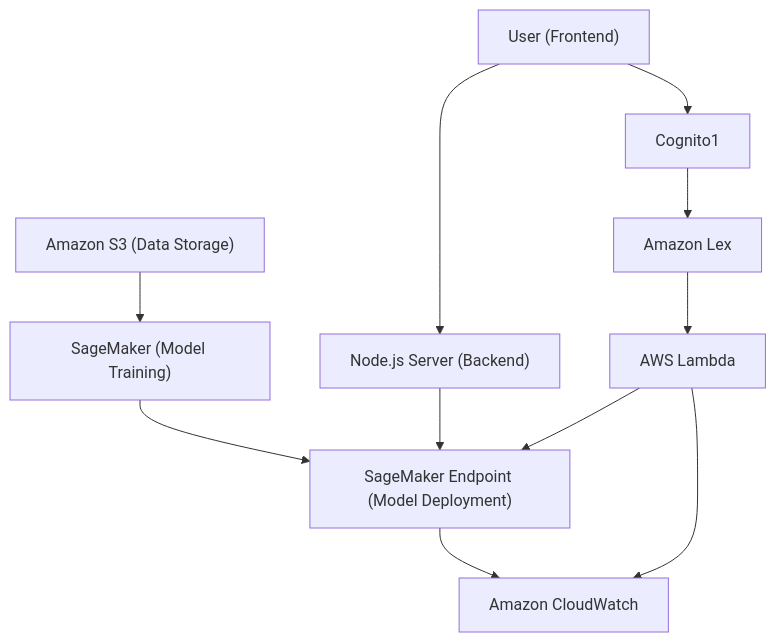
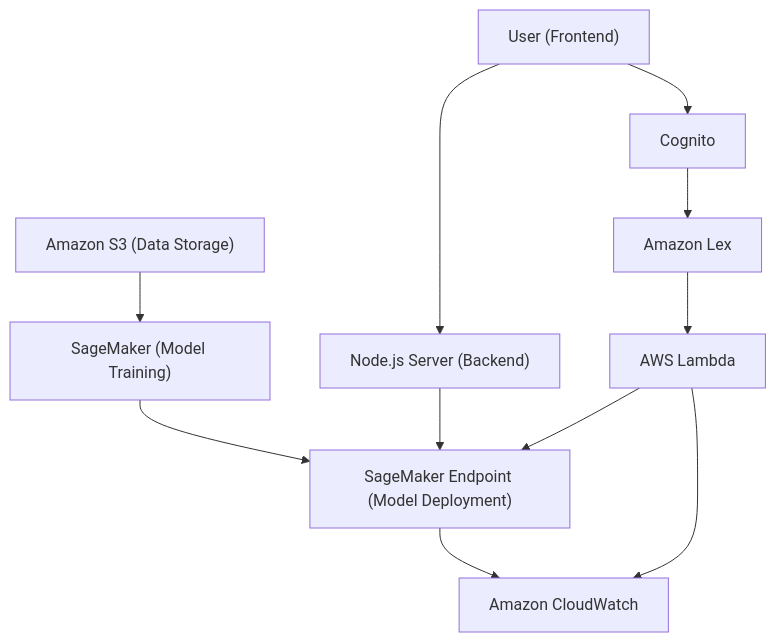
One commit to mamokebe/AWS-Networking-Setup changed the diagram in README.md. Above: the diagram before and after it, drawn with Mermaid.

Commit message:
new commit

````diff
--- a/README.md
+++ b/README.md
@@ -61,33 +61,33 @@
 ```mermaid
 graph TD
   %% Data Flow
   S3["Amazon S3 (Data Storage)"]
   SMTrain["SageMaker (Model Training)"]
   SMEndpoint["SageMaker Endpoint (Model Deployment)"]
   NodeJS["Node.js Server (Backend)"]
 
 
   %% Lex Flow
   User1["User (Frontend)"]
   Lex["Amazon Lex"]
   Lambda["AWS Lambda"]
 
   %% Monitoring 
   CloudWatch["Amazon CloudWatch"]
 
   %% Data Training Flow
   User1 --> NodeJS
   NodeJS --> SMEndpoint
   S3 --> SMTrain
   SMTrain --> SMEndpoint
 
   %% Lex Inference Flow
-  User1 -->Cognito1--> Lex
+  User1 -->Cognito--> Lex
   Lex --> Lambda
   Lambda --> SMEndpoint
 
   %% Monitoring
   Lambda --> CloudWatch
   SMEndpoint --> CloudWatch
 
   ```
````
